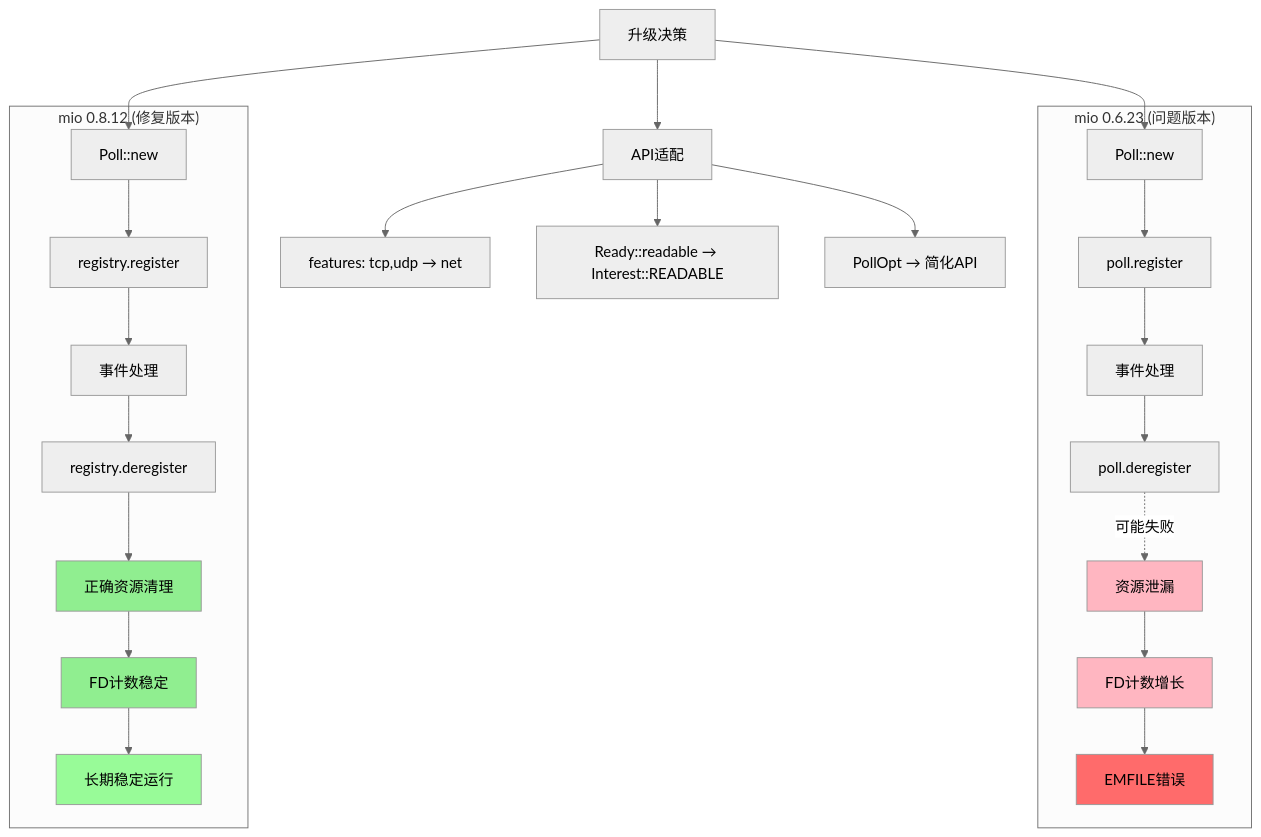
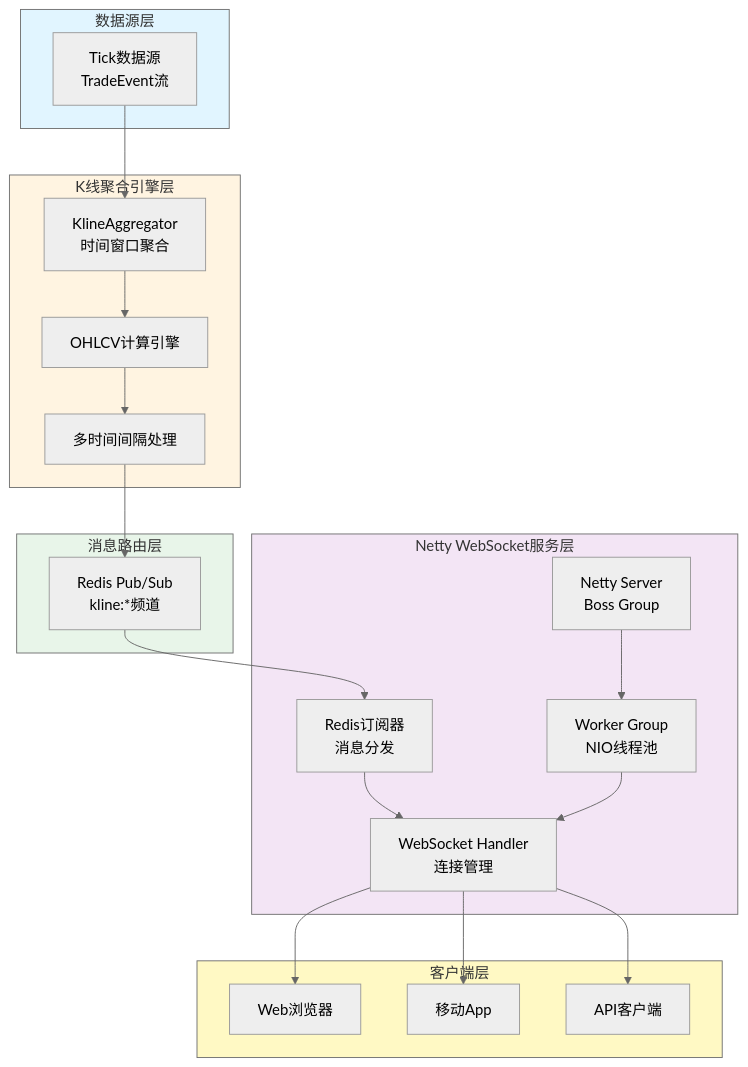
Before and after one commit to zph95/vscode-office: the diagram in documents/test-mermaid.md, drawn with Mermaid (neutral theme). The commit also changed other lines of this file and 4 other files, not shown here.

````diff
--- a/documents/test-mermaid.md
+++ b/documents/test-mermaid.md
@@ -20,35 +5,48 @@
 ```mermaid
 graph TB
-    subgraph "mio 0.6.23 (问题版本)"
-        A1[Poll::new] --> A2[poll.register]
-        A2 --> A3[事件处理]
-        A3 --> A4[poll.deregister]
-        A4 -.->|可能失败| A5[资源泄漏]
-        A5 --> A6[FD计数增长]
-        A6 --> A7[EMFILE错误]
-        
-        style A5 fill:#FFB6C1
-        style A6 fill:#FFB6C1
-        style A7 fill:#FF6B6B
+    subgraph DATA["数据源层"]
+        TICK[Tick数据源<br/>TradeEvent流]
     end
-    
-    subgraph "mio 0.8.12 (修复版本)"
-        B1[Poll::new] --> B2[registry.register]
-        B2 --> B3[事件处理]
-        B3 --> B4[registry.deregister]
-        B4 --> B5[正确资源清理]
-        B5 --> B6[FD计数稳定]
-        B6 --> B7[长期稳定运行]
-        
-        style B5 fill:#90EE90
-        style B6 fill:#90EE90
-        style B7 fill:#98FB98
+  
+    subgraph AGG["K线聚合引擎层"]
+        AGG1[KlineAggregator<br/>时间窗口聚合]
+        AGG2[OHLCV计算引擎]
+        AGG3[多时间间隔处理]
     end
-    
-    C[升级决策] --> A1
-    C --> B1
-    C --> D[API适配]
-    D --> E[features: tcp,udp → net]
-    D --> F[Ready::readable → Interest::READABLE]
-    D --> G[PollOpt → 简化API]
+  
+    subgraph MSG["消息路由层"]
+        REDIS[Redis Pub/Sub<br/>kline:*频道]
+    end
+  
+    subgraph NETTY["Netty WebSocket服务层"]
+        NETTY1[Netty Server<br/>Boss Group]
+        NETTY2[Worker Group<br/>NIO线程池]
+        NETTY3[WebSocket Handler<br/>连接管理]
+        NETTY4[Redis订阅器<br/>消息分发]
+    end
+  
+    subgraph CLIENT["客户端层"]
+        C1[Web浏览器]
+        C2[移动App]
+        C3[API客户端]
+    end
+  
+    TICK --> AGG1
+    AGG1 --> AGG2
+    AGG2 --> AGG3
+    AGG3 --> REDIS
+  
+    REDIS --> NETTY4
+    NETTY4 --> NETTY3
+    NETTY1 --> NETTY2
+    NETTY2 --> NETTY3
+    NETTY3 --> C1
+    NETTY3 --> C2
+    NETTY3 --> C3
+  
+    style DATA fill:#e1f5ff
+    style AGG fill:#fff4e1
+    style MSG fill:#e8f5e9
+    style NETTY fill:#f3e5f5
+    style CLIENT fill:#fff9c4
 ```
````
